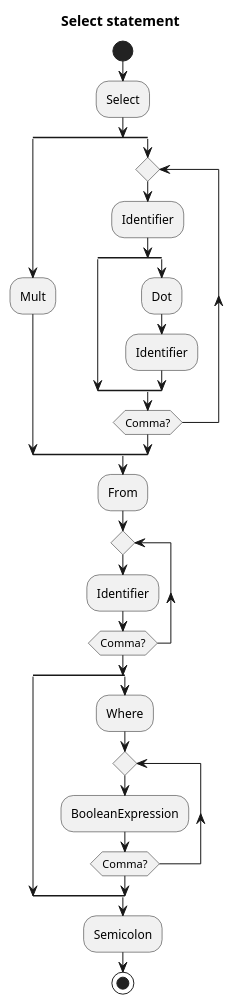
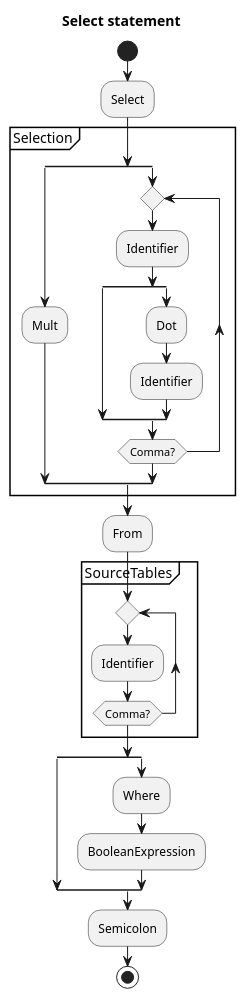
The first of 6 diagrams in dbms/query_lang_compiler_notes.md (lichterberci/rust_learning), drawn with PlantUML before and after one commit. The commit also changed 7 other files, not shown here.

````diff
--- a/dbms/query_lang_compiler_notes.md
+++ b/dbms/query_lang_compiler_notes.md
@@ -45,32 +45,34 @@
 ```plantuml
 @startuml Select statement
 title Select statement
 start
 :Select;
+partition Selection {
 split
 :Mult;
 split again
 repeat
 :Identifier;
 split
 split again
 :Dot;
 :Identifier;
 end split
 repeat while (Comma?)
 end split
+}
 :From;
+partition SourceTables {
 repeat
 :Identifier;
 repeat while (Comma?)
+}
 split
 split again
 :Where;
-repeat
 :BooleanExpression;
-repeat while (Comma?)
 end split
 :Semicolon;
 stop
 @enduml
 ```
````
